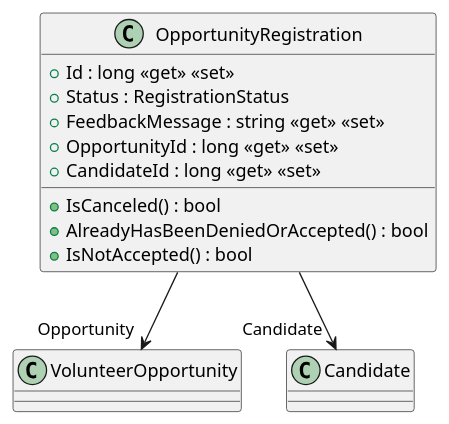
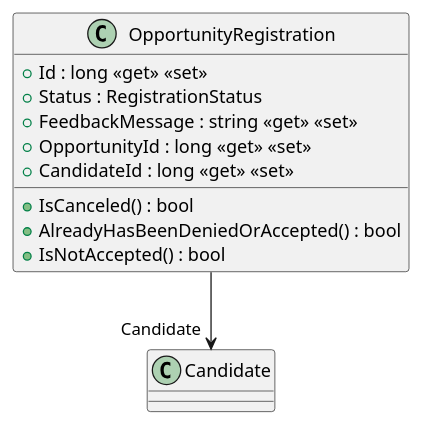
The diagram in WeCare.Domain/puml/Models/OpportunityRegistration.puml (raulalvesre/WeCare), drawn with PlantUML before and after one commit.

Commit message:
fix relationship

```diff
--- a/WeCare.Domain/puml/Models/OpportunityRegistration.puml
+++ b/WeCare.Domain/puml/Models/OpportunityRegistration.puml
@@ -1,14 +1,13 @@
 @startuml
 class OpportunityRegistration {
     + Id : long <<get>> <<set>>
     + Status : RegistrationStatus
     + FeedbackMessage : string <<get>> <<set>>
     + OpportunityId : long <<get>> <<set>>
     + CandidateId : long <<get>> <<set>>
     + IsCanceled() : bool
     + AlreadyHasBeenDeniedOrAccepted() : bool
     + IsNotAccepted() : bool
 }
-OpportunityRegistration --> "Opportunity" VolunteerOpportunity
 OpportunityRegistration --> "Candidate" Candidate
 @enduml
```
